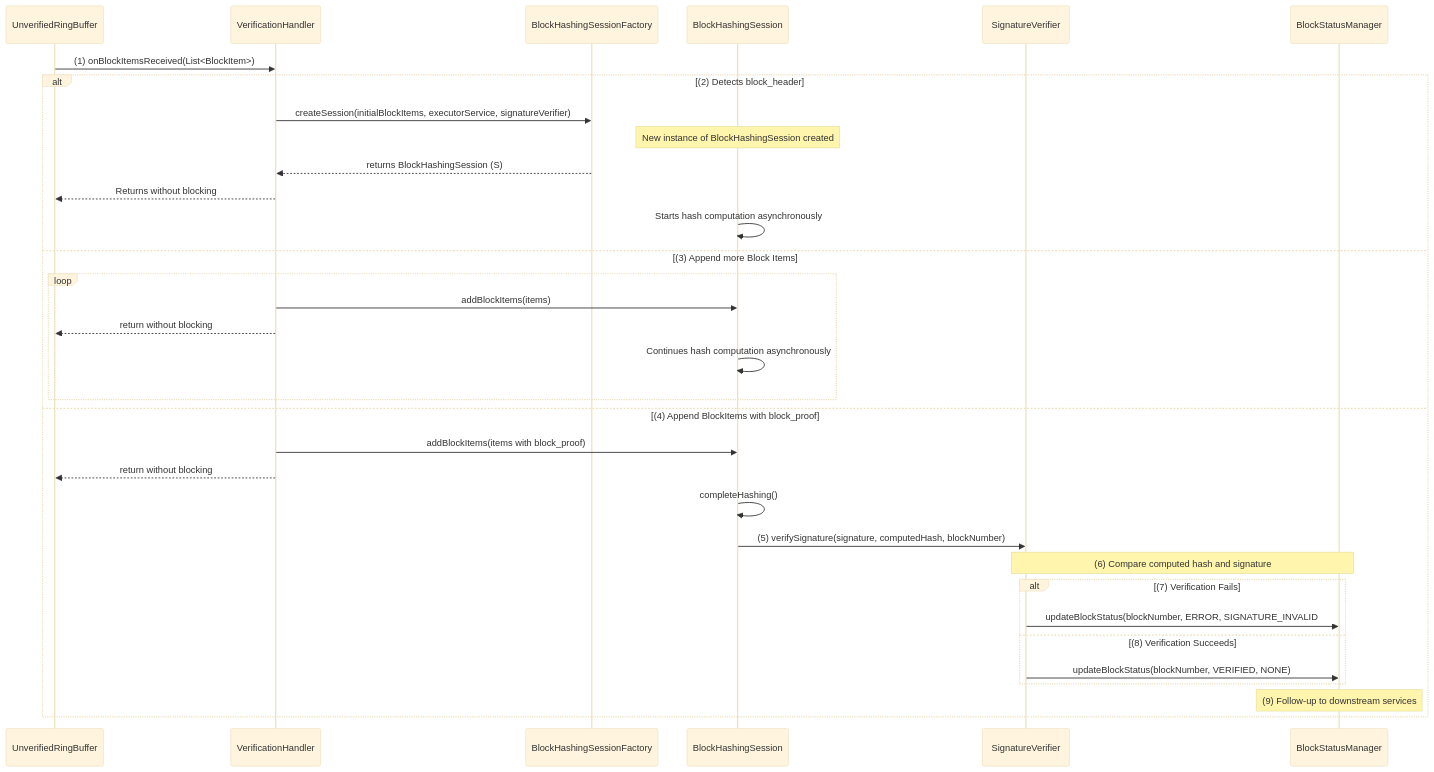
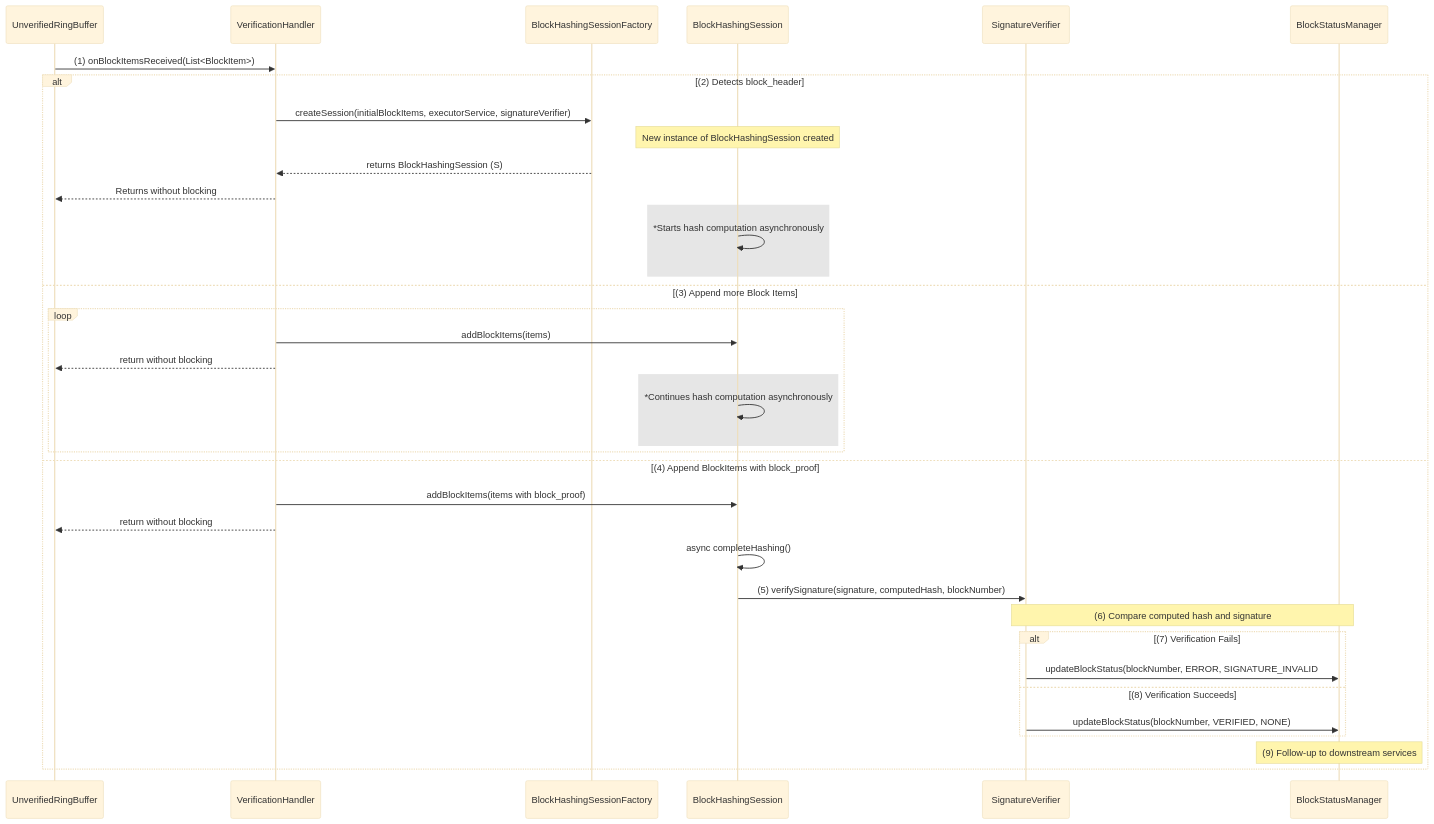
The diagram in server/docs/design/block-verification.md (hashgraph/hedera-block-node), drawn with Mermaid (base theme) before and after one commit. The commit also changed other lines of this file, not shown here.

Commit message:
Added notes for simpler approach on first iteration of implementation.

````diff
--- a/server/docs/design/block-verification.md
+++ b/server/docs/design/block-verification.md
@@ -69,50 +69,54 @@
 ```mermaid
 sequenceDiagram
     participant U as UnverifiedRingBuffer
     participant V as VerificationHandler
     participant F as BlockHashingSessionFactory
     participant S as BlockHashingSession
     participant SV as SignaturesequenceDiagram
     participant U as UnverifiedRingBuffer
     participant V as VerificationHandler
     participant F as BlockHashingSessionFactory
     participant S as BlockHashingSession
     participant SV as SignatureVerifier
     participant BSM as BlockStatusManager
 
         
     U->>V: (1) onBlockItemsReceived(List<BlockItem>)        
     
     alt (2) Detects block_header
     
     V->>F: createSession(initialBlockItems, executorService, signatureVerifier)
     Note over S: New instance of BlockHashingSession created
     F-->>V: returns BlockHashingSession (S)
     V-->>U: Returns without blocking
-    S->>S: Starts hash computation asynchronously
+    rect rgb(230, 230, 230)
+    S->>S: *Starts hash computation asynchronously
+    end
     
     else (3) Append more Block Items
     loop
     V->>S: addBlockItems(items)
     V-->>U: return without blocking
-    S->>S: Continues hash computation asynchronously
+    rect rgb(230, 230, 230)
+    S->>S: *Continues hash computation asynchronously
+    end
     end
 
     else (4) Append BlockItems with block_proof
    
     V->>S: addBlockItems(items with block_proof)
     V-->>U: return without blocking    
-    S->>S: completeHashing()   
+    S->>S: async completeHashing()   
 
     S->>SV: (5) verifySignature(signature, computedHash, blockNumber)    
 
     Note over SV,BSM: (6) Compare computed hash and signature
     alt (7) Verification Fails
       SV->>BSM: updateBlockStatus(blockNumber, ERROR, SIGNATURE_INVALID      
     else (8) Verification Succeeds
       SV->>BSM: updateBlockStatus(blockNumber, VERIFIED, NONE)      
     end
     Note over BSM: (9) Follow-up to downstream services
     end
 
 ```
````
